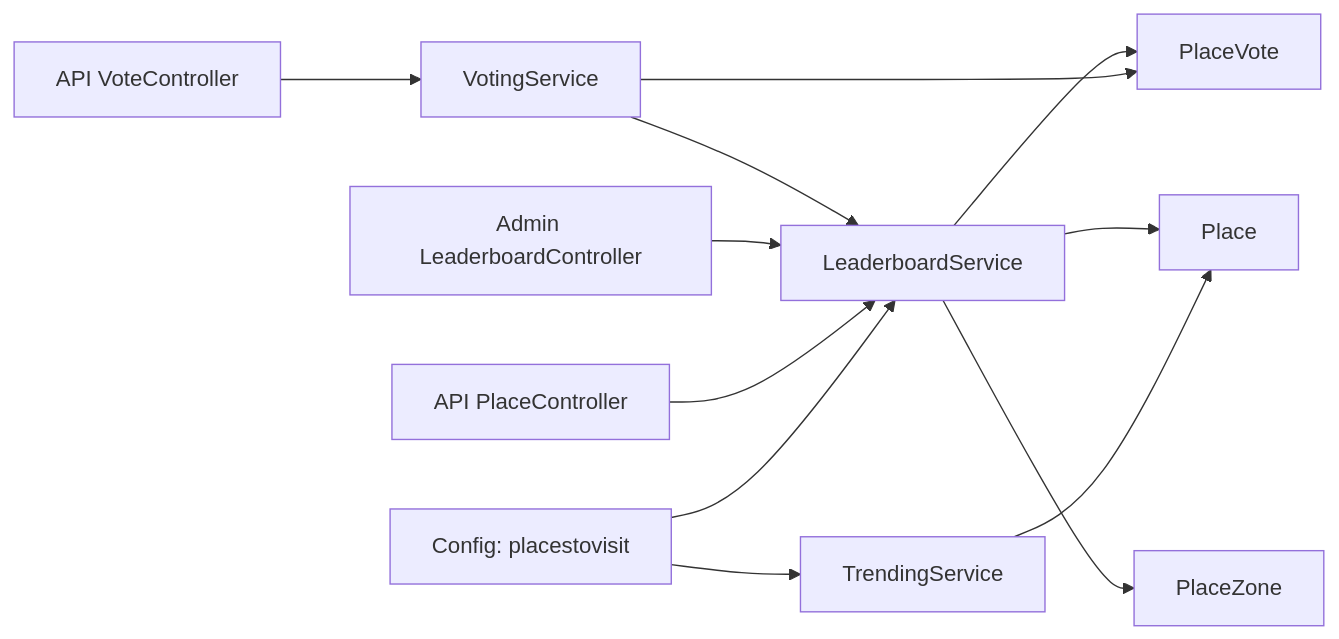
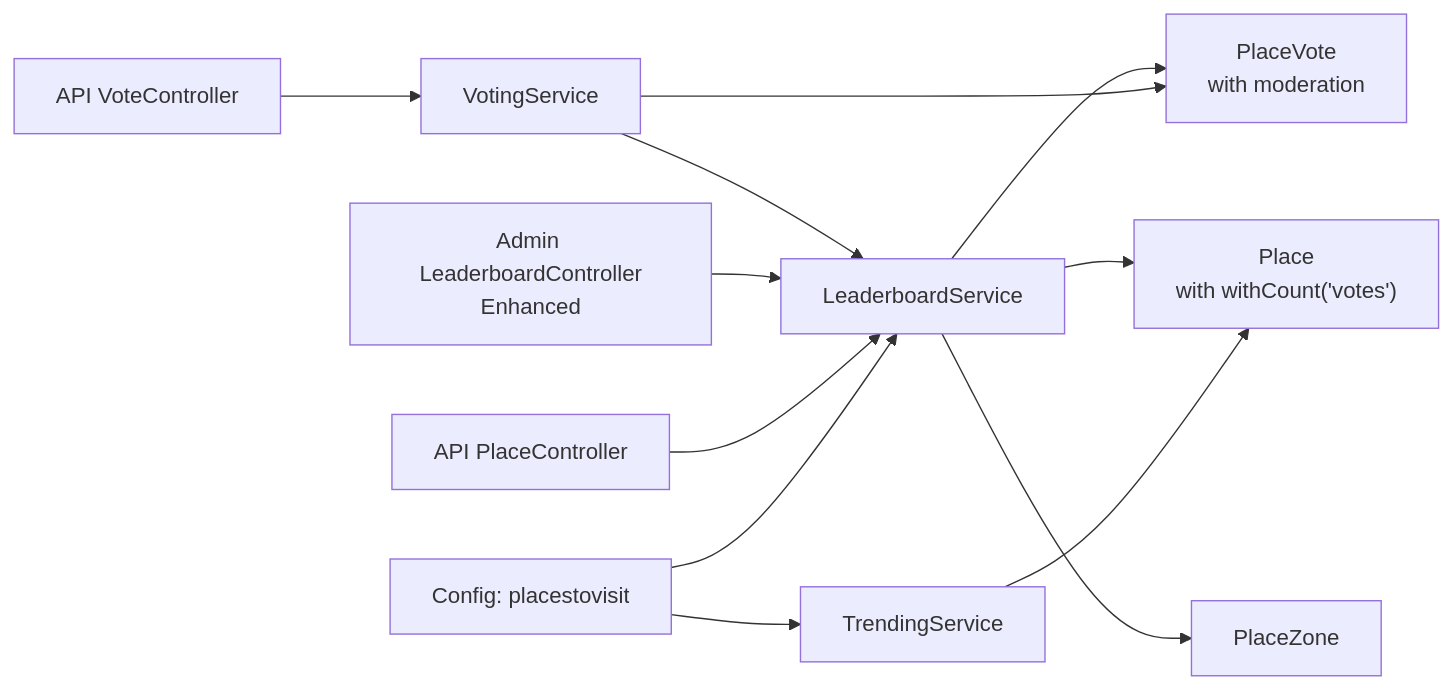
One commit to Hamdies/waddy_back changed the seventh of 7 diagrams in .qoder/repowiki/en/content/Business Modules/PlacesToVisit Module/Leaderboard and Ranking System.md. Above: the diagram before and after it, drawn with Mermaid. The commit also changed other lines of this file and 4 other files, not shown here.

````diff
--- a/.qoder/repowiki/en/content/Business Modules/PlacesToVisit Module/Leaderboard and Ranking System.md
+++ b/.qoder/repowiki/en/content/Business Modules/PlacesToVisit Module/Leaderboard and Ranking System.md
@@ -335,14 +372,14 @@
 ```mermaid
 graph LR
-LS["LeaderboardService"] --> P["Place"]
-LS --> PV["PlaceVote"]
+LS["LeaderboardService"] --> P["Place<br/>with withCount('votes')"]
+LS --> PV["PlaceVote<br/>with moderation"]
 LS --> PZ["PlaceZone"]
 VS["VotingService"] --> PV
 VS --> LS
 TS["TrendingService"] --> P
-AC["Admin LeaderboardController"] --> LS
+AC["Admin LeaderboardController<br/>Enhanced"] --> LS
 PC["API PlaceController"] --> LS
 VC["API VoteController"] --> VS
 CFG["Config: placestovisit"] --> LS
 CFG --> TS
 ```
````
